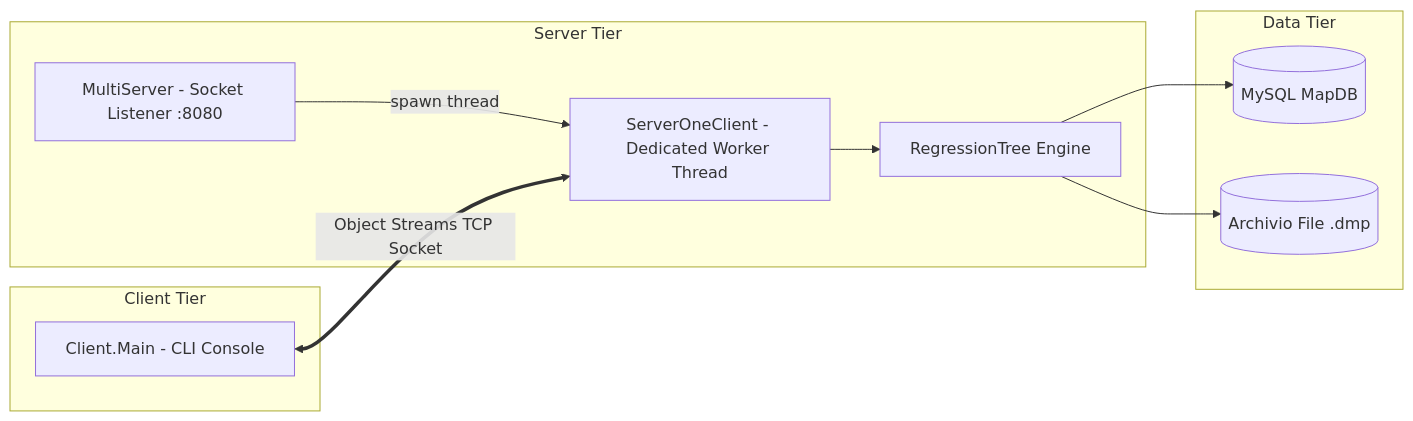
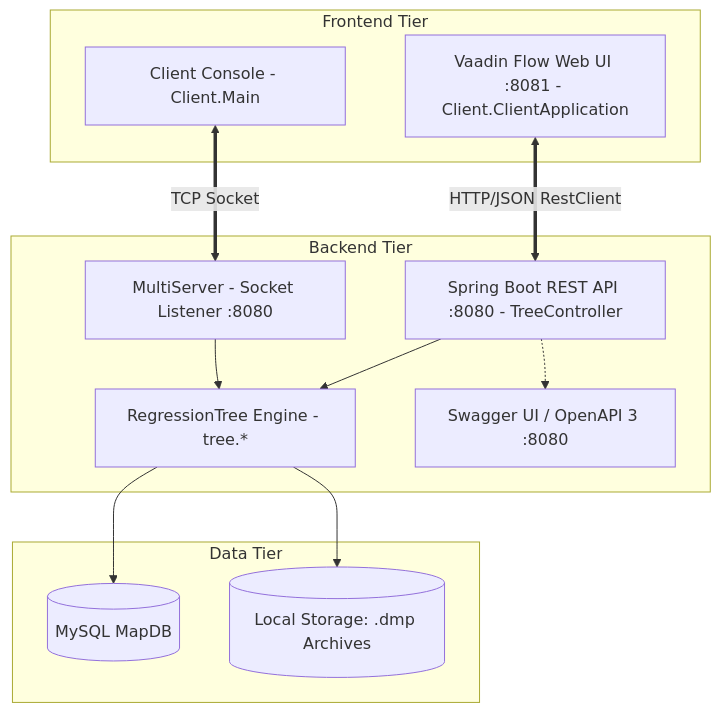
Before and after one commit to MarcoDiana/Albero_di_regressione: the diagram in README.md, drawn with Mermaid. The commit also changed other lines of this file and 234 other files, not shown here.

````diff
--- a/README.md
+++ b/README.md
@@ -44,23 +56,28 @@
 ```mermaid
-graph LR
-    subgraph Client Tier
-        CLI[Client.Main - CLI Console]
+graph TB
+    subgraph Frontend Tier
+        CLI[Client Console - Client.Main]
+        WEB[Vaadin Flow Web UI :8081 - Client.ClientApplication]
     end
 
-    subgraph Server Tier
+    subgraph Backend Tier
         MS[MultiServer - Socket Listener :8080]
-        SOC[ServerOneClient - Dedicated Worker Thread]
-        RT[RegressionTree Engine]
-        MS -->|spawn thread| SOC
-        SOC --> RT
+        REST[Spring Boot REST API :8080 - TreeController]
+        SWAGGER[Swagger UI / OpenAPI 3 :8080]
+        RT[RegressionTree Engine - tree.*]
+        
+        MS --> RT
+        REST --> RT
+        REST -.-> SWAGGER
     end
 
     subgraph Data Tier
         DB[(MySQL MapDB)]
-        FS[(Archivio File .dmp)]
+        FS[(Local Storage: .dmp Archives)]
         RT --> DB
         RT --> FS
     end
 
-    CLI <== Object Streams TCP Socket ==> SOC
+    CLI <== TCP Socket ==> MS
+    WEB <== HTTP/JSON RestClient ==> REST
 ```
````
